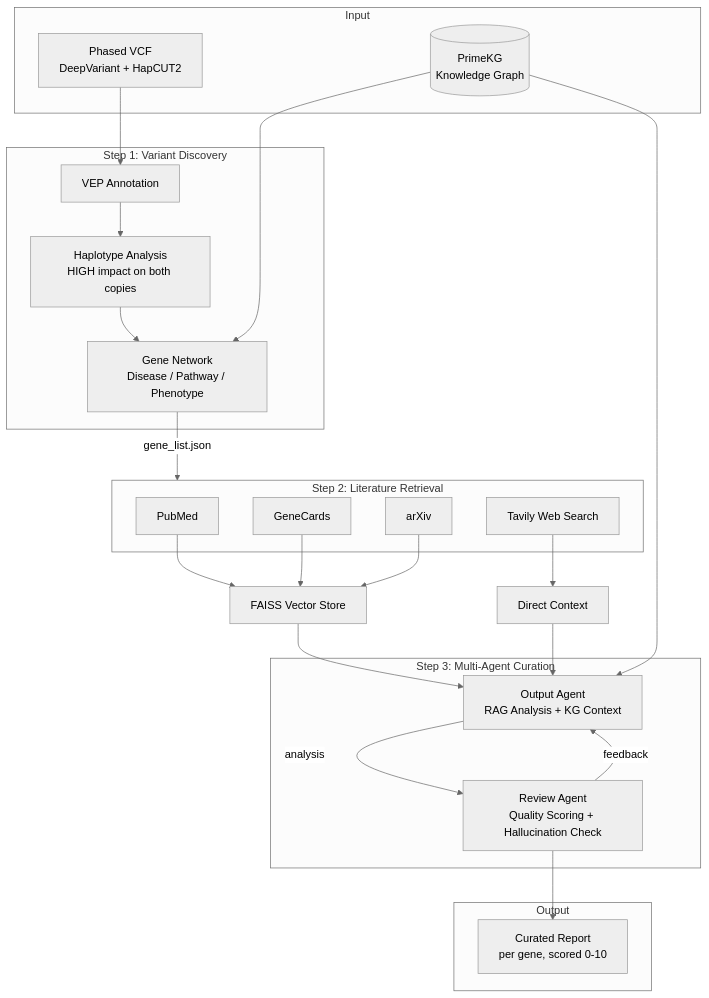
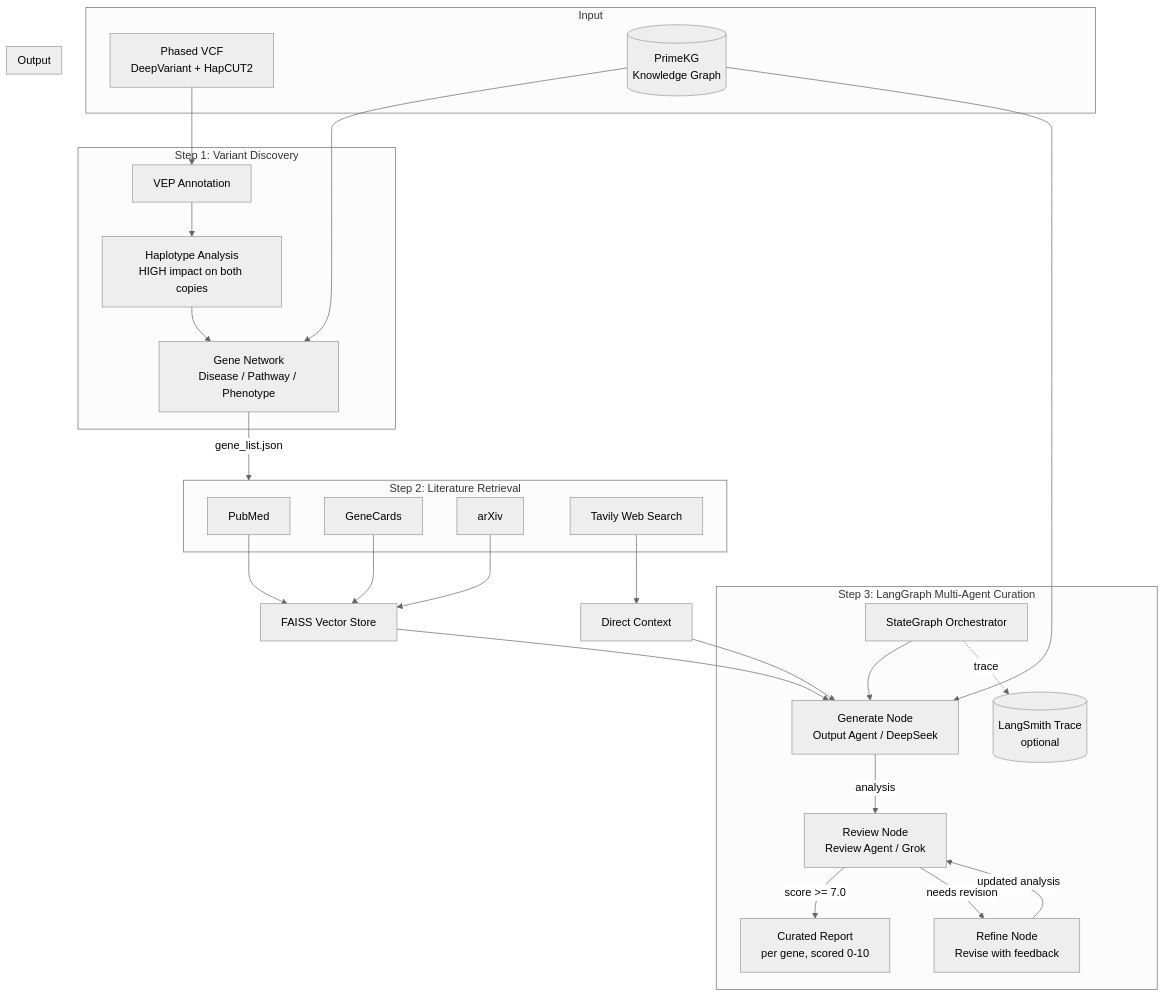
The diagram in README.md (arcadianlyric/PhasedVariants_AgenticCurator), drawn with Mermaid (neutral theme) before and after one commit. The commit also changed other lines of this file and 5 other files, not shown here.

Commit message:
update LangGraph,LangSmith

````diff
--- a/README.md
+++ b/README.md
@@ -18,40 +18,46 @@
 ```mermaid
 flowchart TD
     subgraph Input
         VCF[Phased VCF<br/>DeepVariant + HapCUT2]
         KG[(PrimeKG<br/>Knowledge Graph)]
     end
 
     subgraph Step1[Step 1: Variant Discovery]
         VEP[VEP Annotation]
         HAP[Haplotype Analysis<br/>HIGH impact on both copies]
         NET[Gene Network<br/>Disease / Pathway / Phenotype]
     end
 
     subgraph Step2[Step 2: Literature Retrieval]
         PM[PubMed]
         GC[GeneCards]
         AX[arXiv]
         TV[Tavily Web Search]
     end
 
-    subgraph Step3[Step 3: Multi-Agent Curation]
-        OA[Output Agent<br/>RAG Analysis + KG Context]
-        RA[Review Agent<br/>Quality Scoring + Hallucination Check]
+    subgraph Step3[Step 3: LangGraph Multi-Agent Curation]
+        SG[StateGraph Orchestrator]
+        OA[Generate Node<br/>Output Agent / DeepSeek]
+        RA[Review Node<br/>Review Agent / Grok]
+        RF[Refine Node<br/>Revise with feedback]
+        LS[(LangSmith Trace<br/>optional)]
+        SG --> OA
         OA -->|analysis| RA
-        RA -->|feedback| OA
+        RA -->|score >= 7.0| RPT
+        RA -->|needs revision| RF
+        RF -->|updated analysis| RA
+        SG -. trace .-> LS
     end
 
     subgraph Output
         RPT[Curated Report<br/>per gene, scored 0-10]
     end
 
     VCF --> VEP --> HAP --> NET
     KG --> NET
     NET -->|gene_list.json| Step2
     PM & GC & AX --> FAISS[FAISS Vector Store]
     TV --> DirectCtx[Direct Context]
     FAISS & DirectCtx --> OA
     KG --> OA
-    RA --> RPT
 ```  
````
